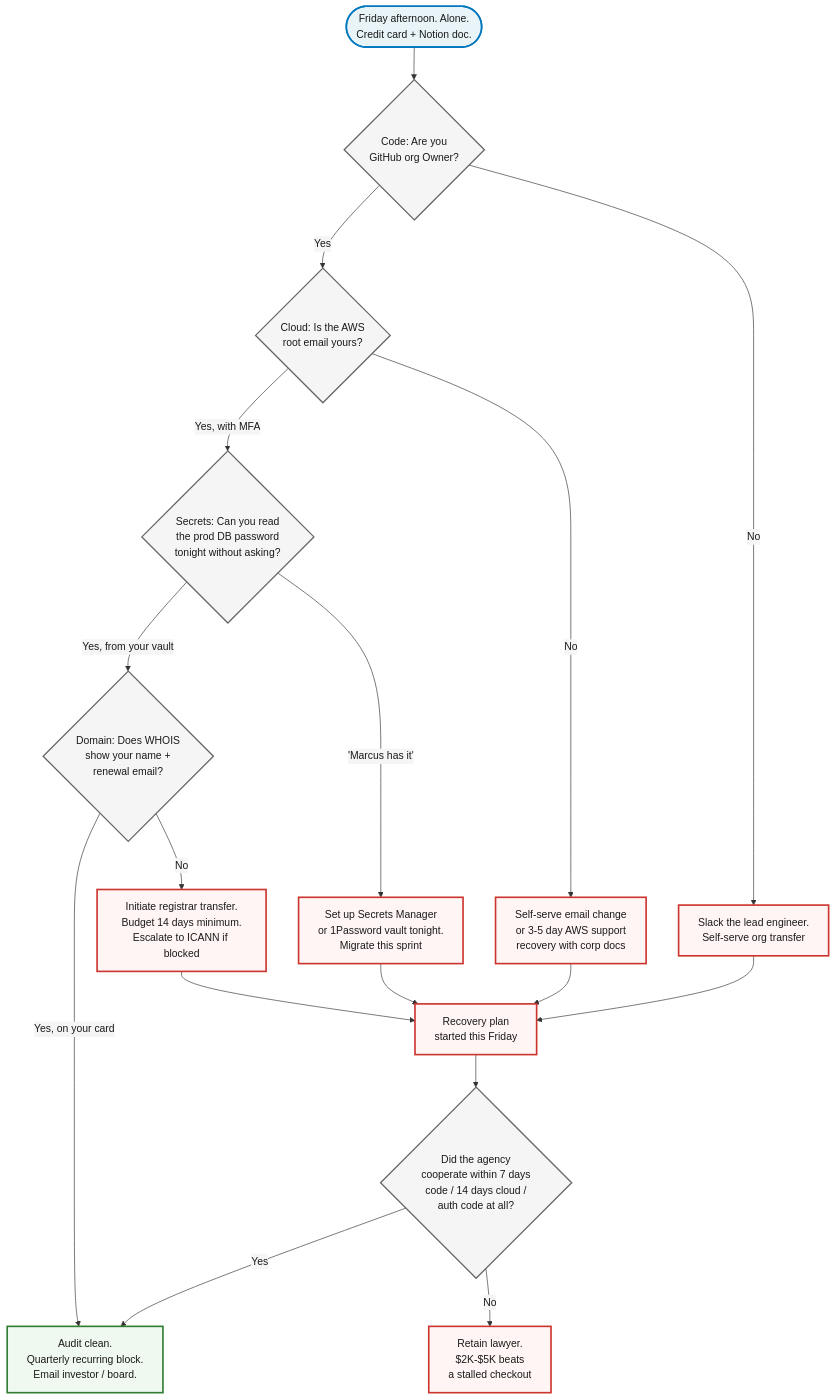
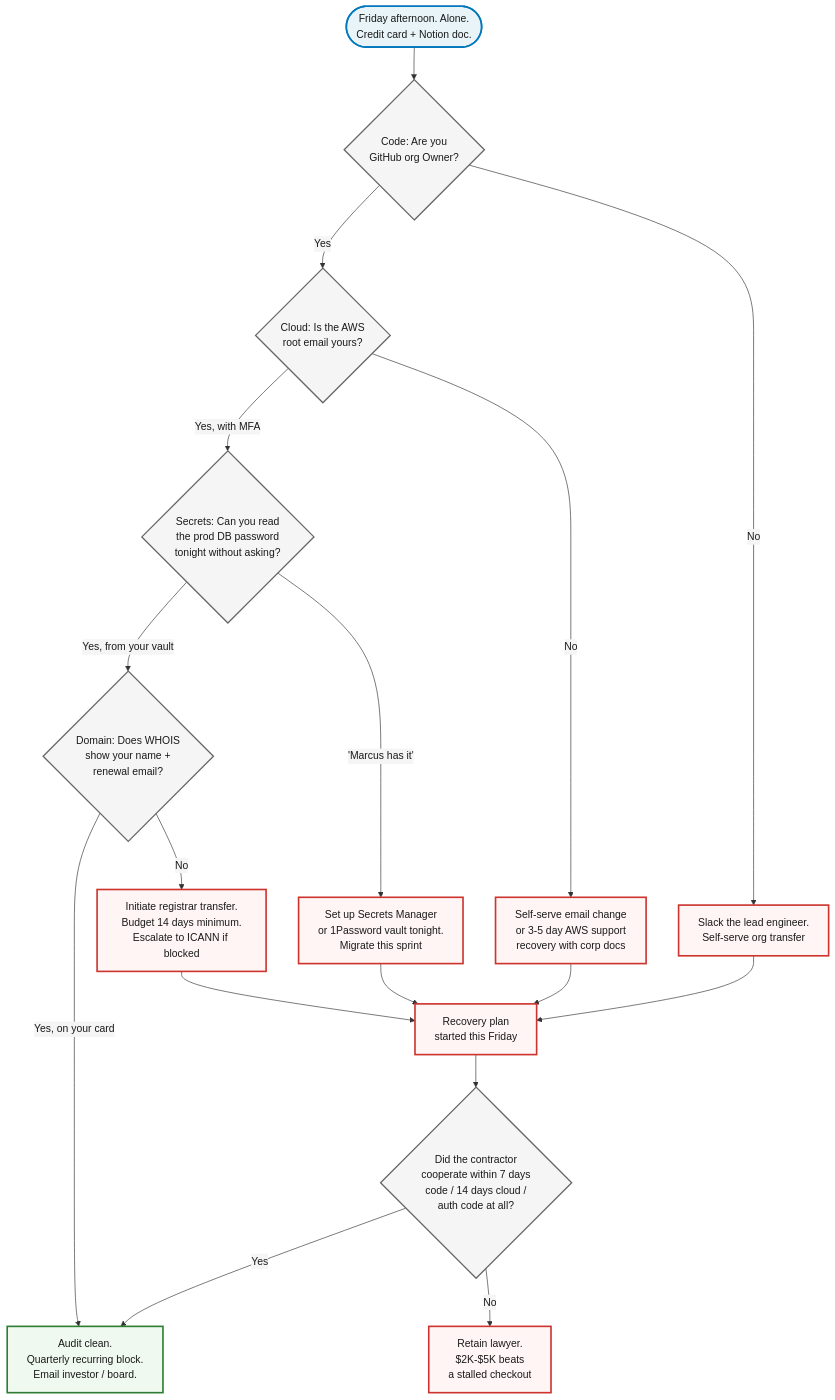
The diagram in content/course/tech-for-non-technical-founders-2026/github-aws-database-ownership-checklist/index.md (jetthoughts/jetthoughts.github.io), drawn with Mermaid before and after one commit. The commit also changed other lines of this file and 1 other file, not shown here.

````diff
--- a/content/course/tech-for-non-technical-founders-2026/github-aws-database-ownership-checklist/index.md
+++ b/content/course/tech-for-non-technical-founders-2026/github-aws-database-ownership-checklist/index.md
@@ -120,36 +117,36 @@
 ```mermaid
 %%{init: {'theme':'base', 'themeVariables': {'fontFamily':'Caveat, Patrick Hand, cursive', 'primaryColor':'#f5f5f5', 'primaryBorderColor':'#666', 'lineColor':'#333', 'primaryTextColor':'#1a1a1a'}}}%%
 flowchart TD
     Start(["Friday afternoon. Alone.<br/>Credit card + Notion doc."])
     Start --> Code{Code: Are you<br/>GitHub org Owner?}
     Code -->|Yes| Cloud{Cloud: Is the AWS<br/>root email yours?}
     Code -->|No| FixCode[Slack the lead engineer.<br/>Self-serve org transfer]
 
     Cloud -->|Yes, with MFA| Sec{Secrets: Can you read<br/>the prod DB password<br/>tonight without asking?}
     Cloud -->|No| FixCloud[Self-serve email change<br/>or 3-5 day AWS support<br/>recovery with corp docs]
 
     Sec -->|Yes, from your vault| Dom{Domain: Does WHOIS<br/>show your name +<br/>renewal email?}
     Sec -->|"'Marcus has it'"| FixSec[Set up Secrets Manager<br/>or 1Password vault tonight.<br/>Migrate this sprint]
 
     Dom -->|Yes, on your card| Pass[Audit clean.<br/>Quarterly recurring block.<br/>Email investor / board.]
     Dom -->|No| FixDom[Initiate registrar transfer.<br/>Budget 14 days minimum.<br/>Escalate to ICANN if blocked]
 
     FixCode --> Recovery[Recovery plan<br/>started this Friday]
     FixCloud --> Recovery
     FixSec --> Recovery
     FixDom --> Recovery
 
-    Recovery --> Escalate{Did the agency<br/>cooperate within 7 days<br/>code / 14 days cloud /<br/>auth code at all?}
+    Recovery --> Escalate{Did the contractor<br/>cooperate within 7 days<br/>code / 14 days cloud /<br/>auth code at all?}
     Escalate -->|Yes| Pass
     Escalate -->|No| Lawyer[Retain lawyer.<br/>$2K-$5K beats<br/>a stalled checkout]
 
     classDef good fill:#f0f9f0,stroke:#2e7d32,stroke-width:2.5px,color:#1a1a1a
     classDef bad  fill:#fff5f5,stroke:#cc342d,stroke-width:2.5px,color:#1a1a1a
     classDef neutral fill:#f5f5f5,stroke:#666,stroke-width:2px,color:#1a1a1a
     classDef start fill:#e8f4f8,stroke:#0277bd,stroke-width:2.5px,color:#1a1a1a
 
     class Start start
     class Code,Cloud,Sec,Dom,Escalate neutral
     class Pass good
     class FixCode,FixCloud,FixSec,FixDom,Recovery,Lawyer bad
 ```
````
